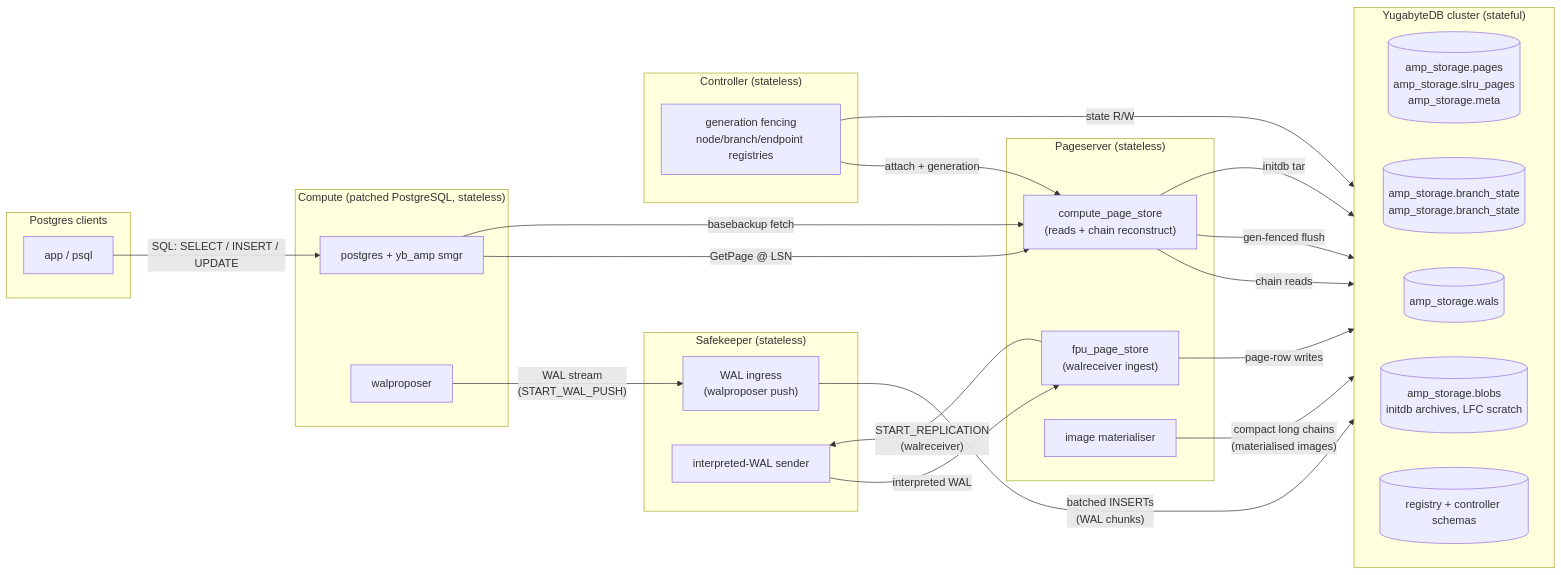
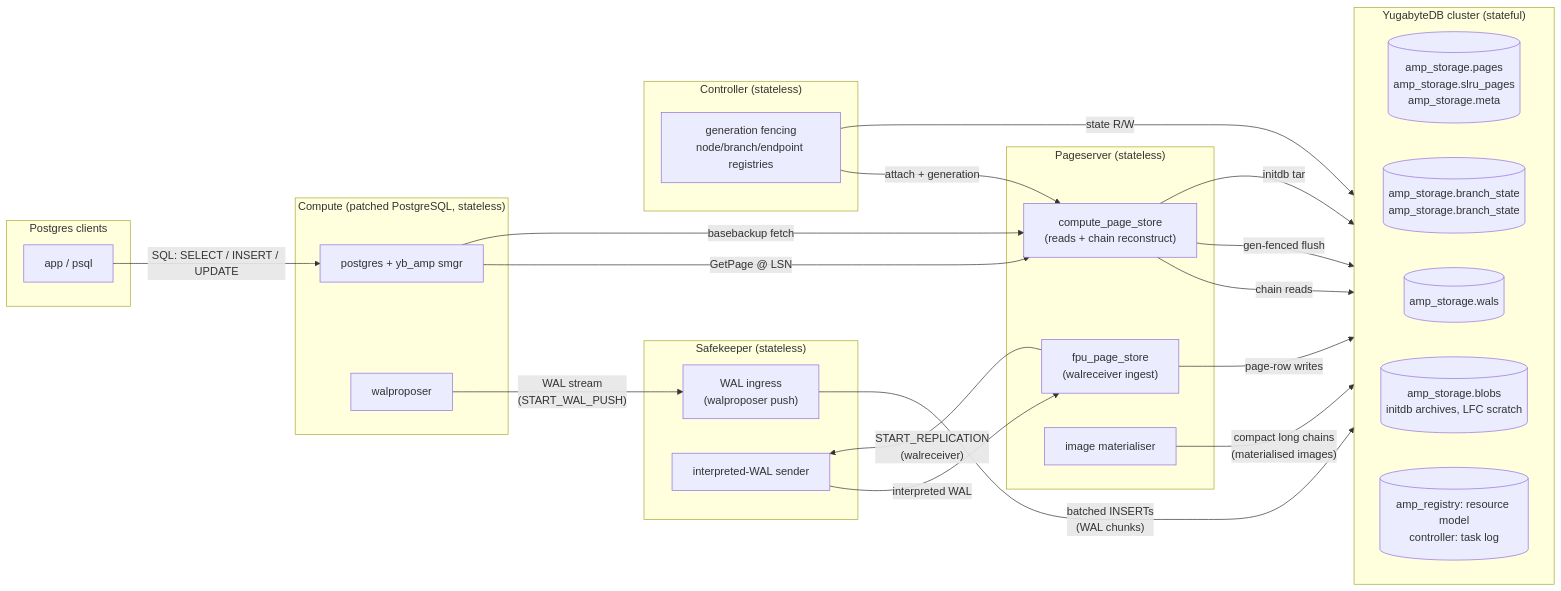
One commit to yugabyte/meko changed the diagram in amp/compute/architecture/high-level.md. Above: the diagram before and after it, drawn with Mermaid. The commit also changed other lines of this file and 73 other files, not shown here.

````diff
--- a/amp/compute/architecture/high-level.md
+++ b/amp/compute/architecture/high-level.md
@@ -12,50 +12,50 @@
 ```mermaid
 flowchart LR
     subgraph clients["Postgres clients"]
         app["app / psql"]
     end
 
     subgraph compute["Compute (patched PostgreSQL, stateless)"]
         pg["postgres + yb_amp smgr"]
         wp["walproposer"]
     end
 
     subgraph sk["Safekeeper (stateless)"]
         skp["WAL ingress<br/>(walproposer push)"]
         sks["interpreted-WAL sender"]
     end
 
     subgraph ps["Pageserver (stateless)"]
         cps["compute_page_store<br/>(reads + chain reconstruct)"]
         fps["fpu_page_store<br/>(walreceiver ingest)"]
         mat["image materialiser"]
     end
 
     subgraph sc["Controller (stateless)"]
         sct["generation fencing<br/>node/branch/endpoint registries"]
     end
 
     subgraph yb["YugabyteDB cluster (stateful)"]
         direction LR
         tblPages[("amp_storage.pages<br/>amp_storage.slru_pages<br/>amp_storage.meta")]
         tblState[("amp_storage.branch_state<br/>amp_storage.branch_state")]
         tblWal[("amp_storage.wals")]
         tblBlob[("amp_storage.blobs<br/>initdb archives, LFC scratch")]
-        tblSc[("registry + controller schemas")]
+        tblSc[("amp_registry: resource model<br/>controller: task log")]
     end
 
     app -- "SQL: SELECT / INSERT / UPDATE" --> pg
     pg -- "GetPage @ LSN" --> cps
     wp -- "WAL stream<br/>(START_WAL_PUSH)" --> skp
     skp -- "batched INSERTs<br/>(WAL chunks)" --> tblWal
     fps -- "START_REPLICATION<br/>(walreceiver)" --> sks
     sks -- "interpreted WAL" --> fps
     cps -- "chain reads" --> tblPages
     fps -- "page-row writes" --> tblPages
     mat -- "compact long chains<br/>(materialised images)" --> tblPages
     cps -- "gen-fenced flush" --> tblState
     sct -- "attach + generation" --> cps
     sct -- "state R/W" --> tblSc
     cps -- "initdb tar" --> tblBlob
     pg -- "basebackup fetch" --> cps
 ```
````
